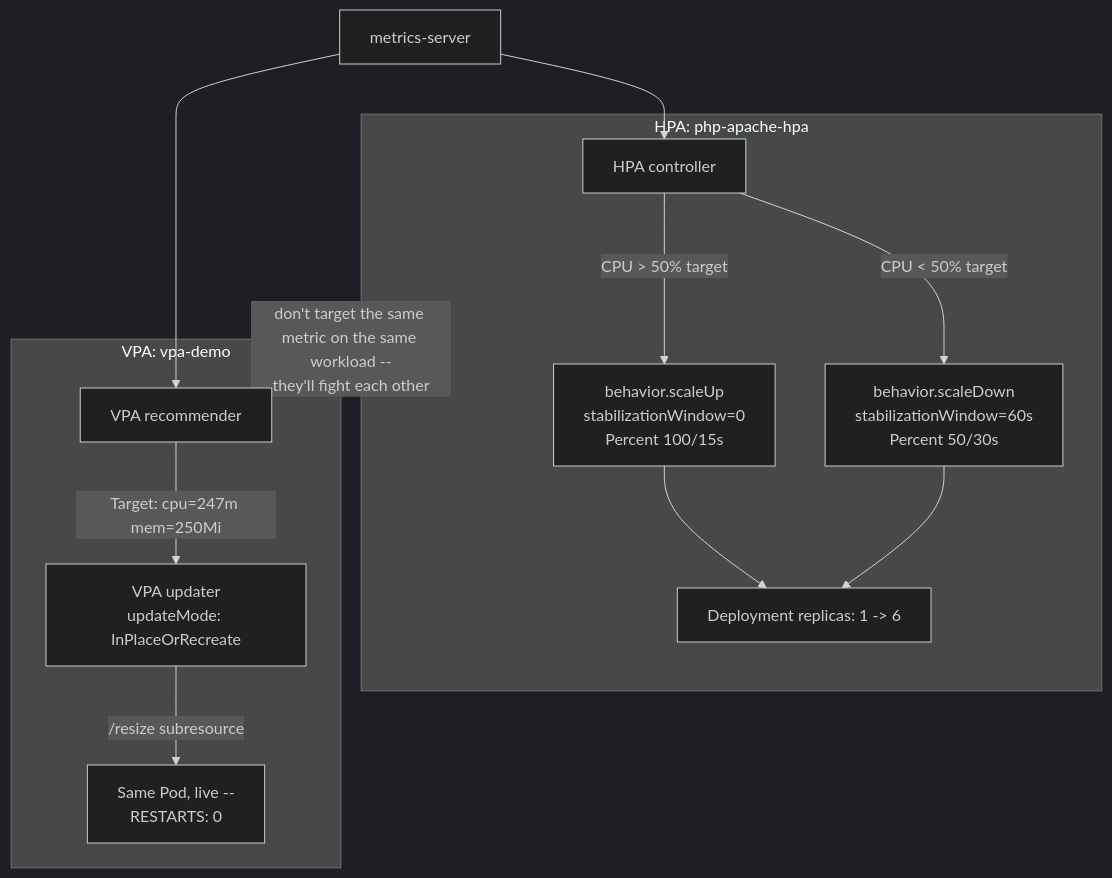
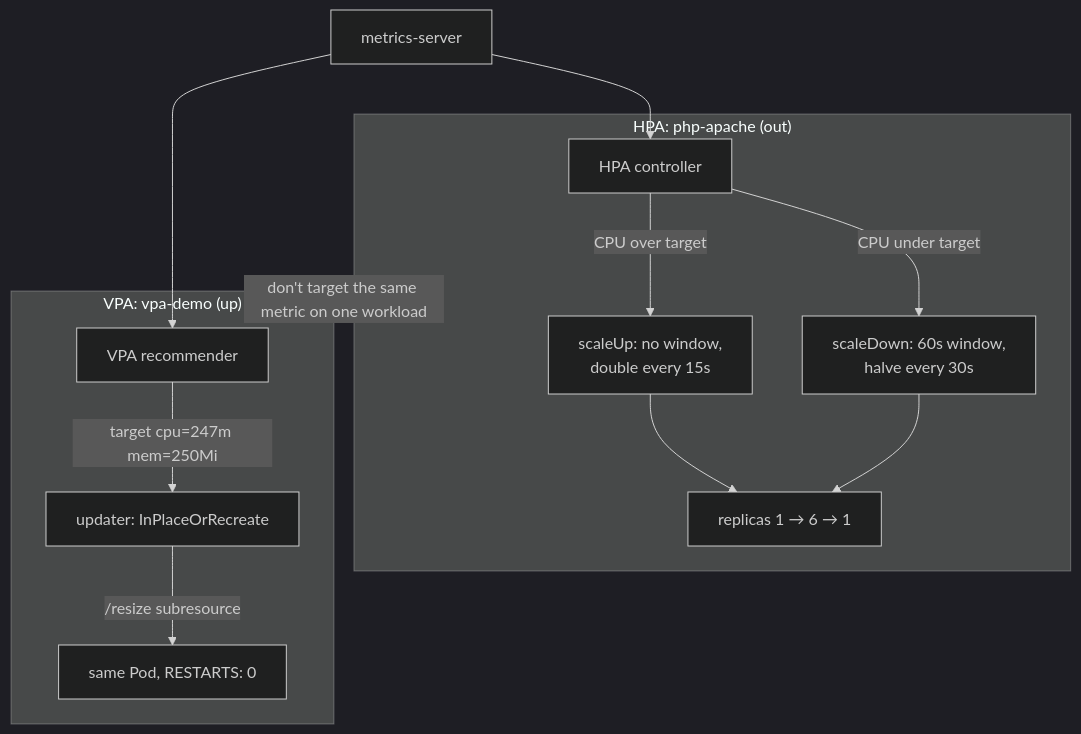
The diagram in lab-F-hpa-vpa-autoscaling.md (datacouch-io/Advanced_Kubernetes_Nutanix), drawn with Mermaid (dark theme) before and after one commit. The commit also changed other lines of this file and 320 other files, not shown here.

````diff
--- a/lab-F-hpa-vpa-autoscaling.md
+++ b/lab-F-hpa-vpa-autoscaling.md
@@ -17,19 +43,16 @@
 ```mermaid
 flowchart TB
     METRICS["metrics-server"] --> HPAC["HPA controller"]
     METRICS --> VPAR["VPA recommender"]
-
-    subgraph HPA_FLOW["HPA: php-apache-hpa"]
-        HPAC -->|"CPU &gt; 50% target"| SCALEUP["behavior.scaleUp<br/>stabilizationWindow=0<br/>Percent 100/15s"]
-        HPAC -->|"CPU &lt; 50% target"| SCALEDOWN["behavior.scaleDown<br/>stabilizationWindow=60s<br/>Percent 50/30s"]
-        SCALEUP --> REPLICAS["Deployment replicas: 1 -&gt; 6"]
+    subgraph HPA_FLOW["HPA: php-apache (out)"]
+        HPAC -->|"CPU over target"| SCALEUP["scaleUp: no window,<br/>double every 15s"]
+        HPAC -->|"CPU under target"| SCALEDOWN["scaleDown: 60s window,<br/>halve every 30s"]
+        SCALEUP --> REPLICAS["replicas 1 → 6 → 1"]
         SCALEDOWN --> REPLICAS
     end
-
-    subgraph VPA_FLOW["VPA: vpa-demo"]
-        VPAR -->|"Target: cpu=247m mem=250Mi"| VPAU["VPA updater<br/>updateMode: InPlaceOrRecreate"]
-        VPAU -->|"/resize subresource"| POD["Same Pod, live --<br/>RESTARTS: 0"]
+    subgraph VPA_FLOW["VPA: vpa-demo (up)"]
+        VPAR -->|"target cpu=247m mem=250Mi"| VPAU["updater: InPlaceOrRecreate"]
+        VPAU -->|"/resize subresource"| POD["same Pod, RESTARTS: 0"]
     end
-
-    HPA_FLOW -.->|"don't target the same metric on the same workload --<br/>they'll fight each other"| VPA_FLOW
+    HPA_FLOW -.->|"don't target the same metric on one workload"| VPA_FLOW
 ```
````
